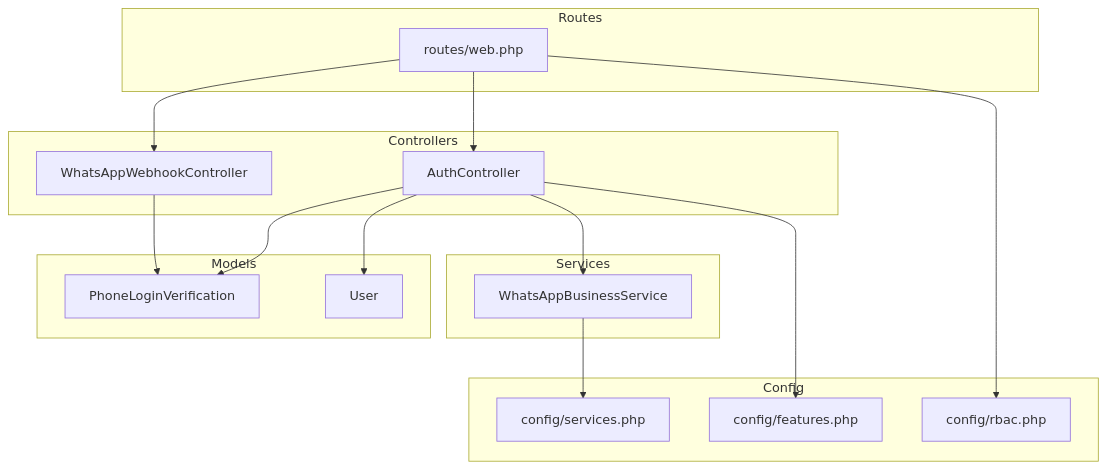
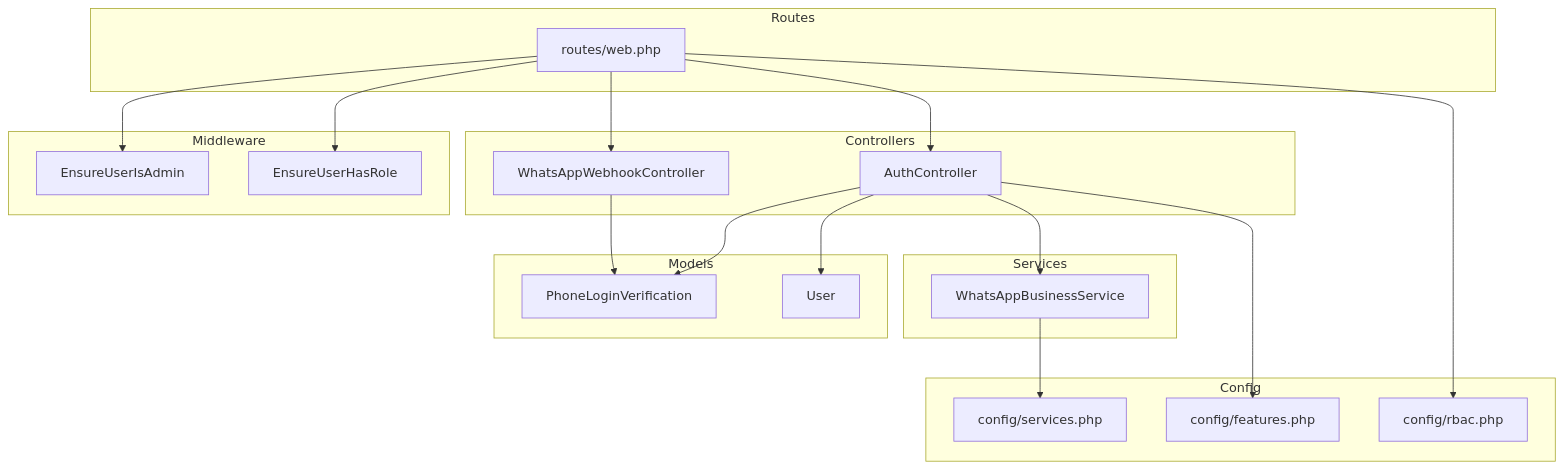
The first of 3 diagrams in .qoder/repowiki/en/content/API Documentation/Authentication API.md (rudicatsmile/assesment360), drawn with Mermaid before and after one commit. The commit also changed other lines of this file and 3 other files, not shown here.

First line of the commit message:
feat(auth): add admin password-only login with role-based access control

````diff
--- a/.qoder/repowiki/en/content/API Documentation/Authentication API.md
+++ b/.qoder/repowiki/en/content/API Documentation/Authentication API.md
@@ -45,31 +48,37 @@
 ```mermaid
 graph TB
 subgraph "Routes"
 RWEB["routes/web.php"]
 end
 subgraph "Controllers"
 AC["AuthController"]
 WHC["WhatsAppWebhookController"]
 end
 subgraph "Services"
 WBS["WhatsAppBusinessService"]
 end
 subgraph "Models"
 PLV["PhoneLoginVerification"]
 USER["User"]
 end
 subgraph "Config"
 SVC["config/services.php"]
 FEAT["config/features.php"]
 RBAC["config/rbac.php"]
 end
+subgraph "Middleware"
+AUM["EnsureUserIsAdmin"]
+UHR["EnsureUserHasRole"]
+end
 RWEB --> AC
 RWEB --> WHC
 AC --> WBS
 AC --> PLV
 AC --> USER
 WHC --> PLV
 WBS --> SVC
 AC --> FEAT
 RWEB --> RBAC
+RWEB --> AUM
+RWEB --> UHR
 ```
````
